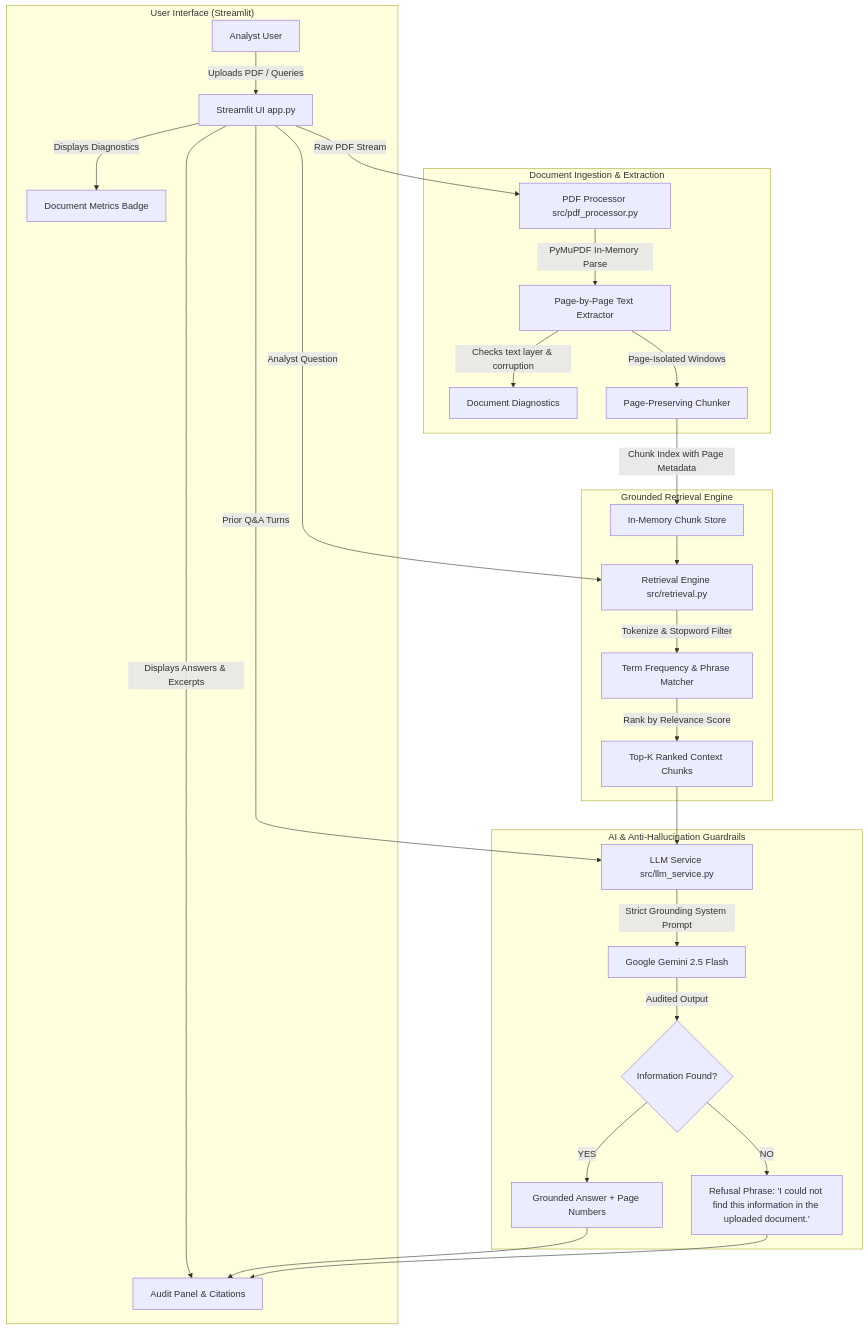
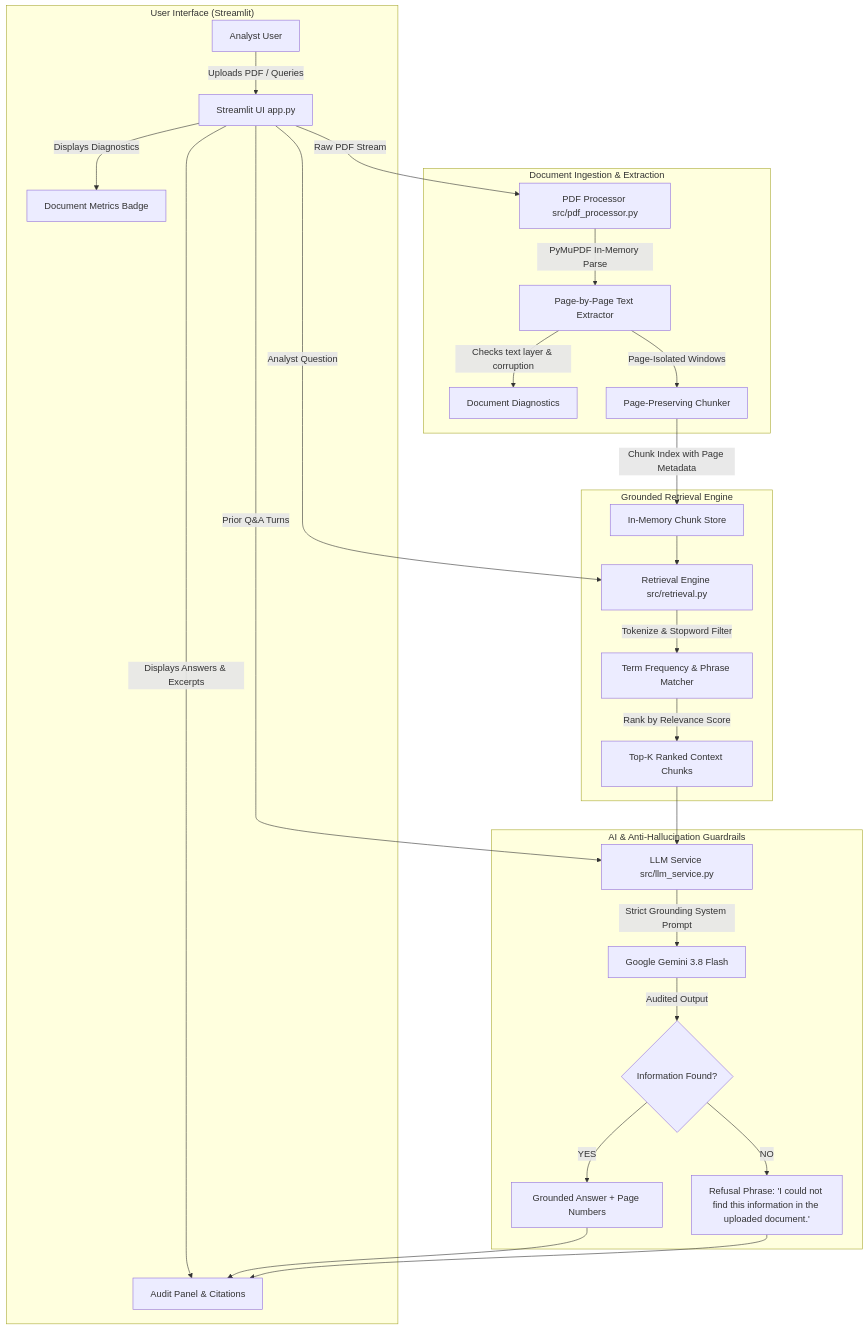
One commit to Aditi000-hash/ASTRA-INTEL changed the first of 2 diagrams in docs/architecture.md. Above: the diagram before and after it, drawn with Mermaid. The commit also changed other lines of this file and 3 other files, not shown here.

Commit message:
Update default Gemini model to gemini-3.8-flash and add GEMINI_MODEL env override

````diff
--- a/docs/architecture.md
+++ b/docs/architecture.md
@@ -12,34 +12,34 @@
 ```mermaid
 flowchart TD
     subgraph UI_Layer ["User Interface (Streamlit)"]
         A[Analyst User] -->|Uploads PDF / Queries| B[Streamlit UI app.py]
         B -->|Displays Diagnostics| C[Document Metrics Badge]
         B -->|Displays Answers & Excerpts| D[Audit Panel & Citations]
     end
 
     subgraph Processing_Layer ["Document Ingestion & Extraction"]
         B -->|Raw PDF Stream| E[PDF Processor src/pdf_processor.py]
         E -->|PyMuPDF In-Memory Parse| F[Page-by-Page Text Extractor]
         F -->|Checks text layer & corruption| G[Document Diagnostics]
         F -->|Page-Isolated Windows| H[Page-Preserving Chunker]
     end
 
     subgraph Retrieval_Layer ["Grounded Retrieval Engine"]
         H -->|Chunk Index with Page Metadata| I[In-Memory Chunk Store]
         B -->|Analyst Question| J[Retrieval Engine src/retrieval.py]
         I --> J
         J -->|Tokenize & Stopword Filter| K[Term Frequency & Phrase Matcher]
         K -->|Rank by Relevance Score| L[Top-K Ranked Context Chunks]
     end
 
     subgraph Intelligence_Layer ["AI & Anti-Hallucination Guardrails"]
         L --> M[LLM Service src/llm_service.py]
         B -->|Prior Q&A Turns| M
-        M -->|Strict Grounding System Prompt| N[Google Gemini 2.5 Flash]
+        M -->|Strict Grounding System Prompt| N[Google Gemini 3.8 Flash]
         N -->|Audited Output| O{Information Found?}
         O -->|YES| P[Grounded Answer + Page Numbers]
         O -->|NO| Q["Refusal Phrase: 'I could not find this information in the uploaded document.'"]
         P --> D
         Q --> D
     end
 ```
````
